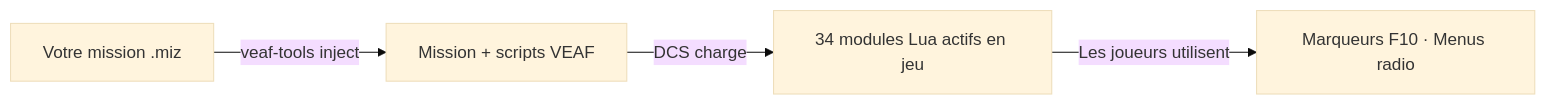
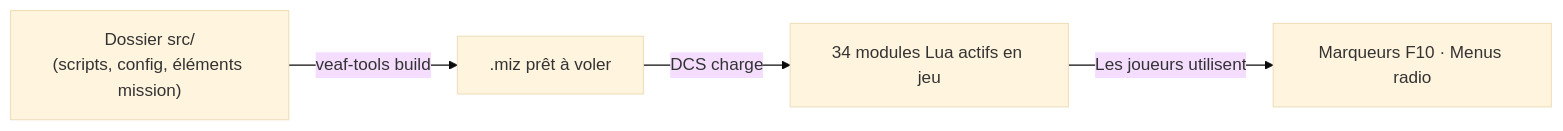
The diagram in doc/README.fr.md (VEAF/VEAF-Mission-Creation-Tools), drawn with Mermaid (base theme) before and after one commit. The commit also changed other lines of this file and 1 other file, not shown here.

First line of the commit message:
fix(doc): correct Home 'How It Works' diagram

````diff
--- a/doc/README.fr.md
+++ b/doc/README.fr.md
@@ -23,6 +23,6 @@
 ```mermaid
 flowchart LR
-    A["Votre mission .miz"] -->|veaf-tools inject| B["Mission + scripts VEAF"]
+    A["Dossier src/<br/>(scripts, config, éléments mission)"] -->|veaf-tools build| B[".miz prêt à voler"]
     B -->|DCS charge| C["34 modules Lua actifs en jeu"]
     C -->|Les joueurs utilisent| D["Marqueurs F10 · Menus radio"]
 ```
````
